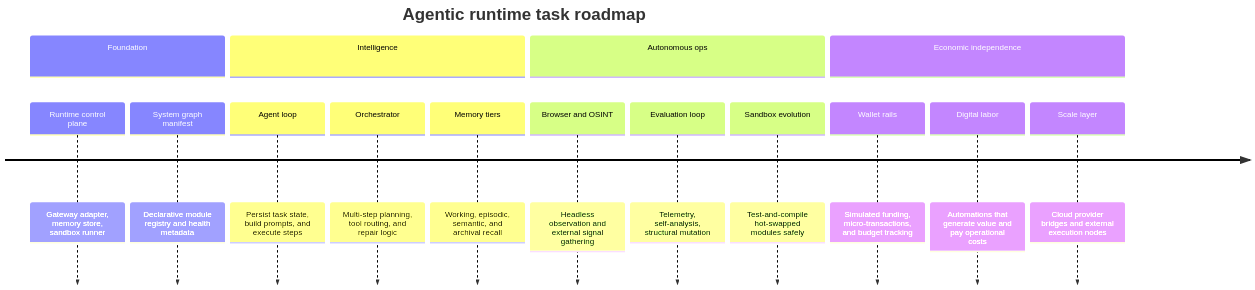
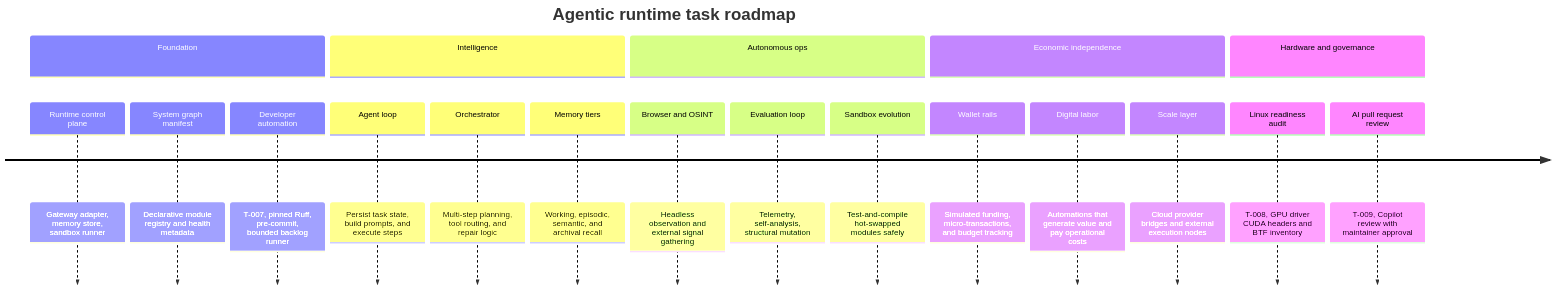
One commit to SayandB/rta changed the diagram in docs/roadmap/task_graph.md. Above: the diagram before and after it, drawn with Mermaid. The commit also changed 30 other files, not shown here.

Commit message:
feat: add bounded CI automation and host audit

````diff
--- a/docs/roadmap/task_graph.md
+++ b/docs/roadmap/task_graph.md
@@ -3,23 +3,28 @@
 ```mermaid
 timeline
     title Agentic runtime task roadmap
 
     section Foundation
         Runtime control plane : Gateway adapter, memory store, sandbox runner
         System graph manifest : Declarative module registry and health metadata
+        Developer automation : T-007, pinned Ruff, pre-commit, bounded backlog runner
 
     section Intelligence
         Agent loop : Persist task state, build prompts, and execute steps
         Orchestrator : Multi-step planning, tool routing, and repair logic
         Memory tiers : Working, episodic, semantic, and archival recall
 
     section Autonomous ops
         Browser and OSINT : Headless observation and external signal gathering
         Evaluation loop : Telemetry, self-analysis, structural mutation
         Sandbox evolution : Test-and-compile hot-swapped modules safely
 
     section Economic independence
         Wallet rails : Simulated funding, micro-transactions, and budget tracking
         Digital labor : Automations that generate value and pay operational costs
         Scale layer : Cloud provider bridges and external execution nodes
+
+    section Hardware and governance
+        Linux readiness audit : T-008, GPU driver CUDA headers and BTF inventory
+        AI pull request review : T-009, Copilot review with maintainer approval
 ```
````
